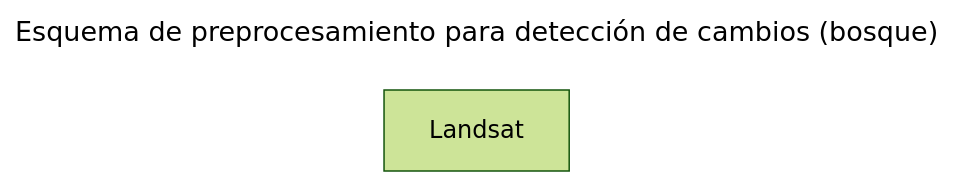
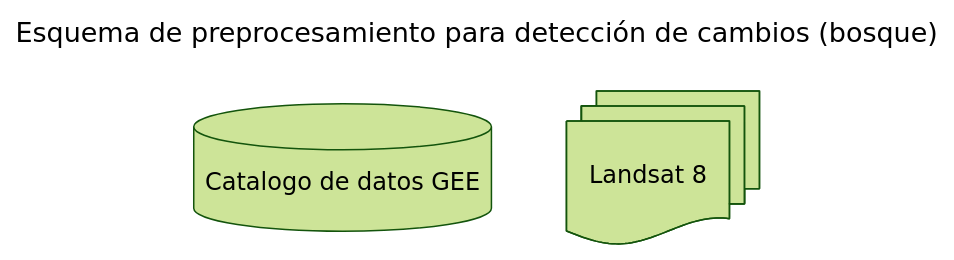
Before and after one commit to vshalisko/GEE: the diagram in ANPs/Esquema_preprocesamiento.mermaid, drawn with Mermaid (forest theme).

```diff
--- a/ANPs/Esquema_preprocesamiento.mermaid
+++ b/ANPs/Esquema_preprocesamiento.mermaid
@@ -1,5 +1,6 @@
 ---
 title: Esquema de preprocesamiento para detección de cambios (bosque)
 ---
-flowchart LR
-    Landsat
+flowchart TD
+    gee1[(Catalogo de datos GEE)]
+    Landsat8@{ shape: docs, label: Landsat 8 }
```
